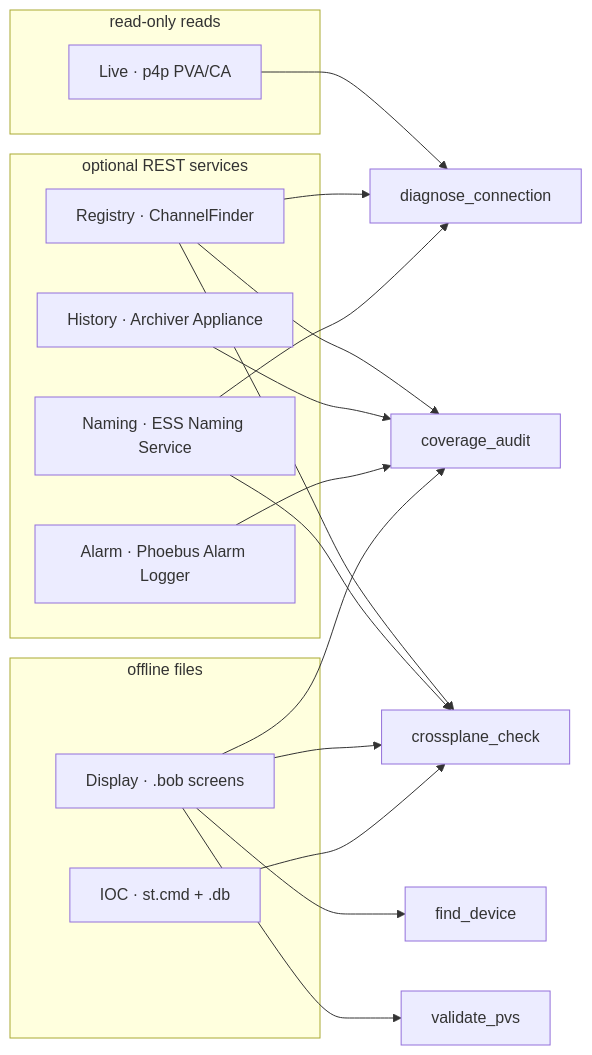
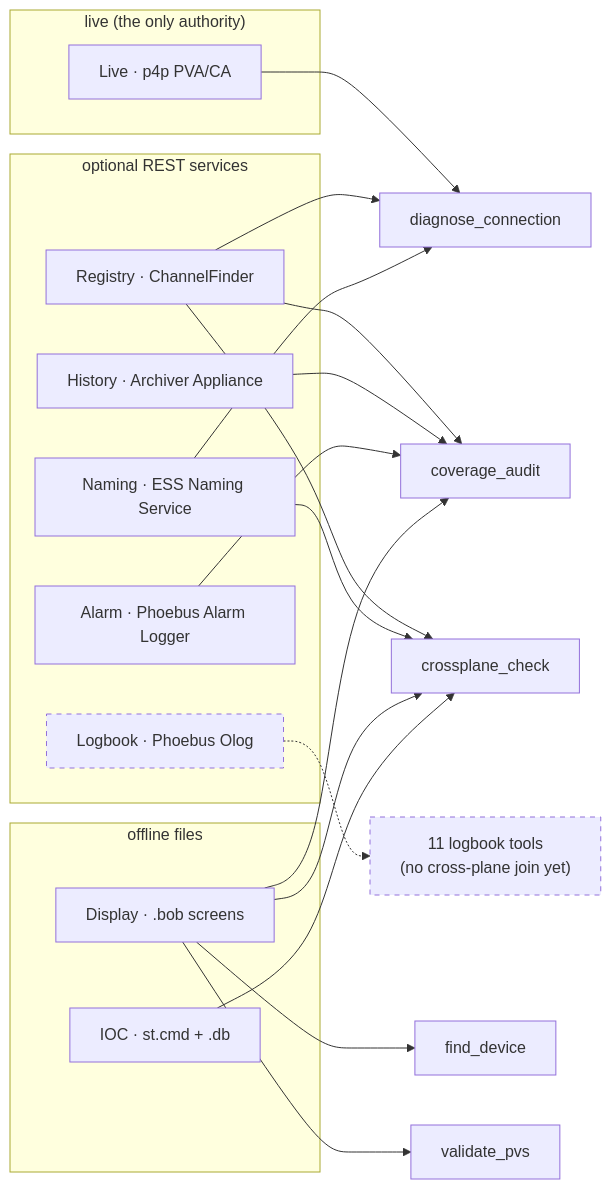
One commit to epicDirk/EPICS-MCP changed the second of 2 diagrams in ARCHITECTURE.md. Above: the diagram before and after it, drawn with Mermaid. The commit also changed other lines of this file and 2 other files, not shown here.

````diff
--- a/ARCHITECTURE.md
+++ b/ARCHITECTURE.md
@@ -30,24 +46,29 @@
 ```mermaid
 graph LR
-    subgraph read[read-only reads]
-      live[Live · p4p PVA/CA]
+    subgraph liveplane["live (the only authority)"]
+      live["Live · p4p PVA/CA"]
     end
-    subgraph rest[optional REST services]
-      cf[Registry · ChannelFinder]
-      arch[History · Archiver Appliance]
-      alarm[Alarm · Phoebus Alarm Logger]
-      naming[Naming · ESS Naming Service]
+    subgraph rest["optional REST services"]
+      cf["Registry · ChannelFinder"]
+      arch["History · Archiver Appliance"]
+      alarm["Alarm · Phoebus Alarm Logger"]
+      naming["Naming · ESS Naming Service"]
+      olog["Logbook · Phoebus Olog"]
     end
-    subgraph files[offline files]
-      disp[Display · .bob screens]
-      ioc[IOC · st.cmd + .db]
+    subgraph files["offline files"]
+      disp["Display · .bob screens"]
+      ioc["IOC · st.cmd + .db"]
     end
 
     live --> diag[diagnose_connection]
     cf --> diag & cov[coverage_audit] & xp[crossplane_check]
     arch --> cov
     alarm --> cov
     naming --> diag & xp
     disp --> cov & xp & fd[find_device] & val[validate_pvs]
     ioc --> xp
+    olog -.-> logtools["11 logbook tools<br/>(no cross-plane join yet)"]
+
+    style olog stroke-dasharray: 5 5
+    style logtools stroke-dasharray: 5 5
 ```
````
